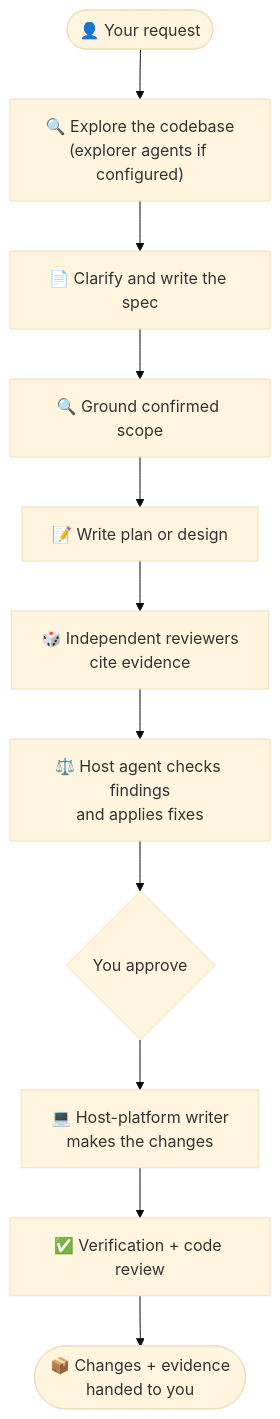
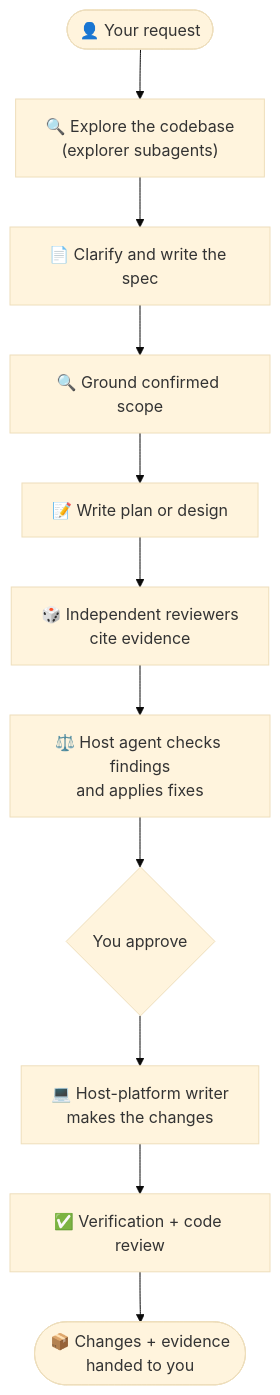
The diagram in skills/dispatch/README.md (Gyunikuchan/dispatch-skills), drawn with Mermaid (base theme) before and after one commit. The commit also changed other lines of this file and 39 other files, not shown here.

````diff
--- a/skills/dispatch/README.md
+++ b/skills/dispatch/README.md
@@ -31,13 +31,13 @@
 ```mermaid
 flowchart TD
-    User(["👤 Your request"]) --> Ground["🔍 Explore the codebase<br/>(explorer agents if configured)"]
+    User(["👤 Your request"]) --> Ground["🔍 Explore the codebase<br/>(explorer subagents)"]
     Ground --> Spec["📄 Clarify and write the spec"]
     Spec --> ScopeGround["🔍 Ground confirmed scope"]
     ScopeGround --> Artifact["📝 Write plan or design"]
     Artifact --> Review["🎲 Independent reviewers<br/>cite evidence"]
     Review --> Adjudicate["⚖️ Host agent checks findings<br/>and applies fixes"]
     Adjudicate --> Approve{"You approve"}
     Approve --> Writer["💻 Host-platform writer<br/>makes the changes"]
     Writer --> Checks["✅ Verification + code review"]
     Checks --> Handoff(["📦 Changes + evidence<br/>handed to you"])
 ```
````
